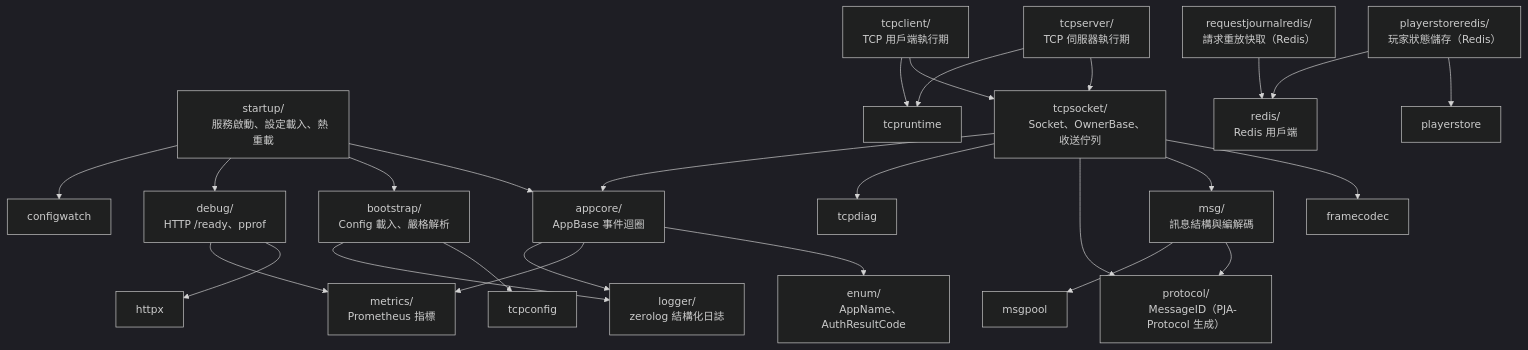
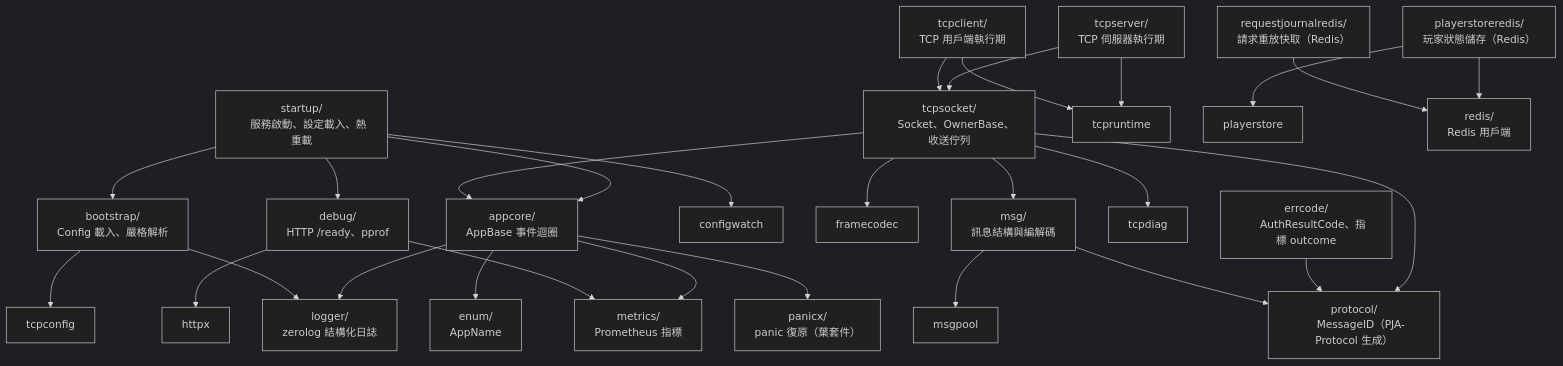
One commit to koebel0521/docs changed the second of 2 diagrams in 00-導讀/模組關係.md. Above: the diagram before and after it, drawn with Mermaid (dark theme). The commit also changed other lines of this file and 3 other files, not shown here.

````diff
--- a/00-導讀/模組關係.md
+++ b/00-導讀/模組關係.md
@@ -59,55 +59,61 @@
 ```mermaid
 graph TD
     startup["startup/
     服務啟動、設定載入、熱重載"] --> appcore
     startup --> bootstrap
     startup --> debug
     startup --> configwatch
 
     tcpserver["tcpserver/
     TCP 伺服器執行期"] --> tcpsocket
     tcpserver --> tcpruntime
     tcpclient["tcpclient/
     TCP 用戶端執行期"] --> tcpsocket
     tcpclient --> tcpruntime
     tcpsocket["tcpsocket/
     Socket、OwnerBase、收送佇列"] --> framecodec
     tcpsocket --> msg
     tcpsocket --> protocol
     tcpsocket --> tcpdiag
     tcpsocket --> appcore
 
     appcore["appcore/
     AppBase 事件迴圈"] --> enum
     appcore --> metrics
     appcore --> logger
+    appcore --> panicx
+
+    errcode["errcode/
+    AuthResultCode、指標 outcome"] --> protocol
 
     msg["msg/
     訊息結構與編解碼"] --> protocol
     msg --> msgpool
 
     bootstrap["bootstrap/
     Config 載入、嚴格解析"] --> tcpconfig
     bootstrap --> logger
 
     playerstoreredis["playerstoreredis/
     玩家狀態儲存（Redis）"] --> playerstore
     playerstoreredis --> redis
     requestjournalredis["requestjournalredis/
     請求重放快取（Redis）"] --> redis
 
     debug["debug/
     HTTP /ready、pprof"] --> httpx
     debug --> metrics
 
     redis["redis/
     Redis 用戶端"]
     metrics["metrics/
     Prometheus 指標"]
     logger["logger/
     zerolog 結構化日誌"]
     enum["enum/
-    AppName、AuthResultCode"]
+    AppName"]
+    panicx["panicx/
+    panic 復原（葉套件）"]
     protocol["protocol/
     MessageID（PJA-Protocol 生成）"]
 ```
````
